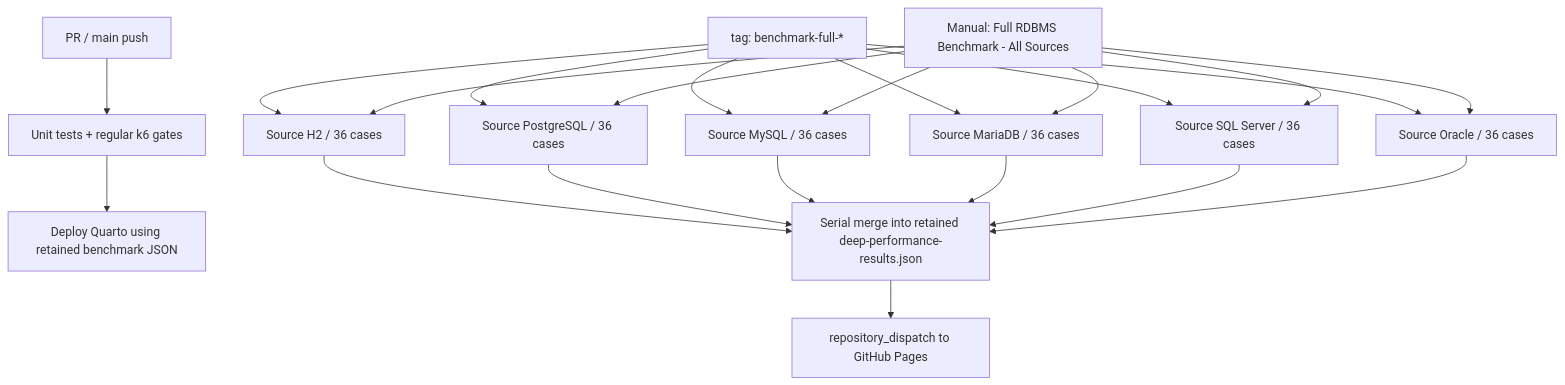
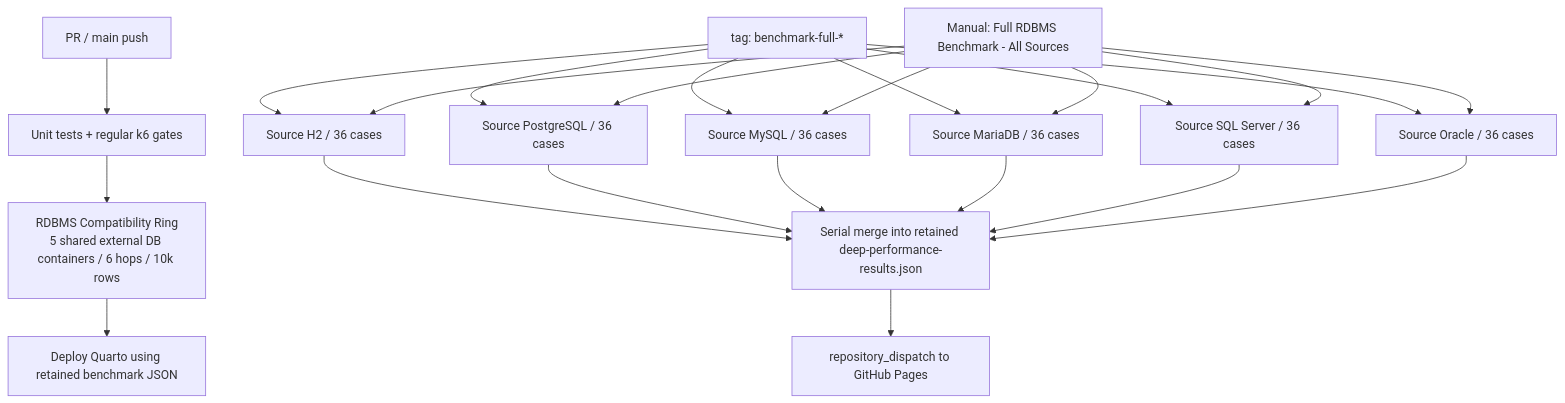
One commit to tibame201020/IrisPipe changed the fourth of 4 diagrams in quarto/performance.qmd. Above: the diagram before and after it, drawn with Mermaid. The commit also changed other lines of this file and 6 other files, not shown here.

Commit message:
ci: add reusable RDBMS compatibility ring (#20)

````diff
--- a/quarto/performance.qmd
+++ b/quarto/performance.qmd
@@ -200,27 +202,29 @@
 ```{mermaid}
 flowchart TD
   PR["PR / main push"] --> G["Unit tests + regular k6 gates"]
-  G --> P["Deploy Quarto using retained benchmark JSON"]
+  G --> C["RDBMS Compatibility Ring
+5 shared external DB containers / 6 hops / 10k rows"]
+  C --> P["Deploy Quarto using retained benchmark JSON"]
 
   T["tag: benchmark-full-*"] --> H2["Source H2 / 36 cases"]
   T --> PG["Source PostgreSQL / 36 cases"]
   T --> MY["Source MySQL / 36 cases"]
   T --> MA["Source MariaDB / 36 cases"]
   T --> MS["Source SQL Server / 36 cases"]
   T --> OR["Source Oracle / 36 cases"]
 
   M["Manual: Full RDBMS Benchmark - All Sources"] --> H2
   M --> PG
   M --> MY
   M --> MA
   M --> MS
   M --> OR
 
   H2 --> R["Serial merge into retained deep-performance-results.json"]
   PG --> R
   MY --> R
   MA --> R
   MS --> R
   OR --> R
   R --> D["repository_dispatch to GitHub Pages"]
 ```
````
